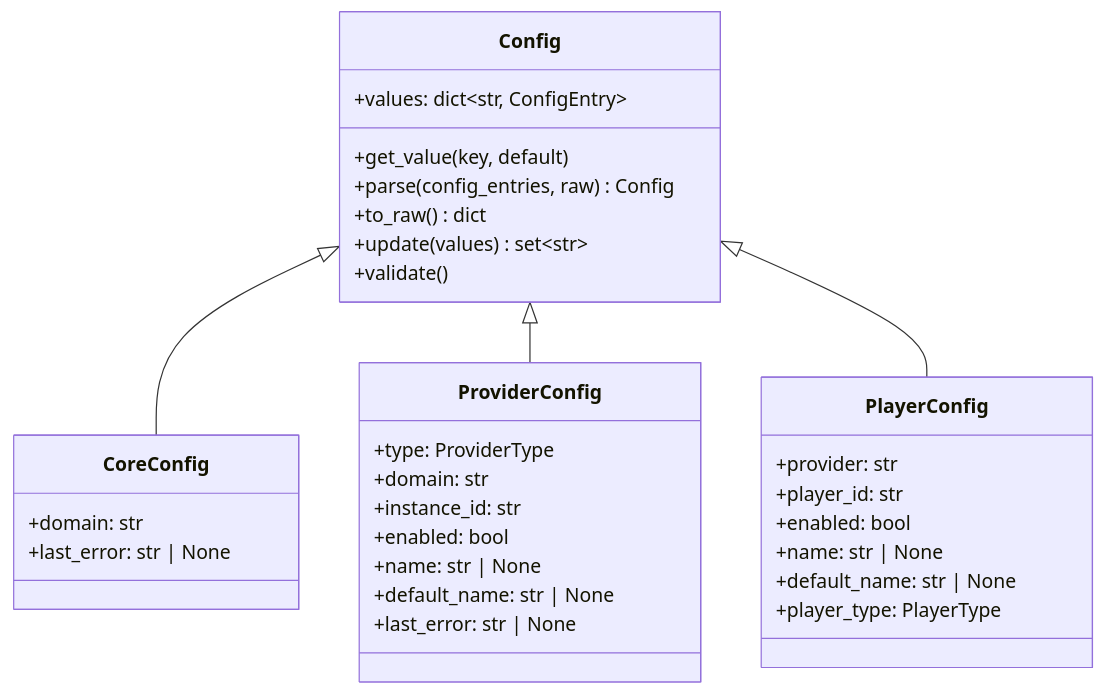
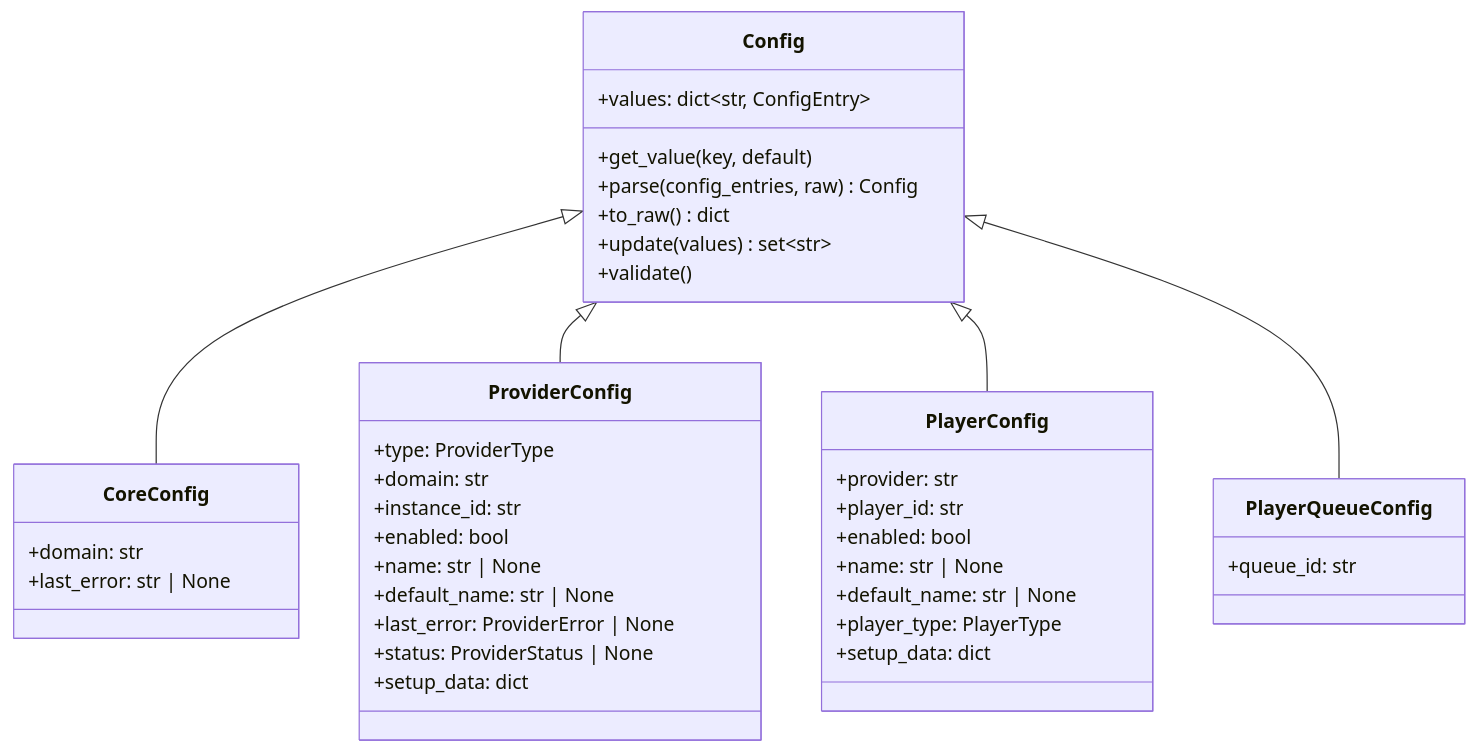
Before and after one commit to theturtle32/music-assistant-server: the diagram in docs/architecture/02-configuration.md, drawn with Mermaid. The commit also changed other lines of this file, not shown here.

First line of the commit message:
docs(architecture): rewrite configuration doc for the config package, setup flows and encryption

````diff
--- a/docs/architecture/02-configuration.md
+++ b/docs/architecture/02-configuration.md
@@ -39,35 +85,42 @@
 ```mermaid
 classDiagram
     class Config {
         +values: dict~str, ConfigEntry~
         +get_value(key, default)
         +parse(config_entries, raw) Config
         +to_raw() dict
         +update(values) set~str~
         +validate()
     }
     class CoreConfig {
         +domain: str
         +last_error: str | None
     }
     class ProviderConfig {
         +type: ProviderType
         +domain: str
         +instance_id: str
         +enabled: bool
         +name: str | None
         +default_name: str | None
-        +last_error: str | None
+        +last_error: ProviderError | None
+        +status: ProviderStatus | None
+        +setup_data: dict
     }
     class PlayerConfig {
         +provider: str
         +player_id: str
         +enabled: bool
         +name: str | None
         +default_name: str | None
         +player_type: PlayerType
+        +setup_data: dict
+    }
+    class PlayerQueueConfig {
+        +queue_id: str
     }
     Config <|-- CoreConfig
     Config <|-- ProviderConfig
     Config <|-- PlayerConfig
+    Config <|-- PlayerQueueConfig
 ```
````
